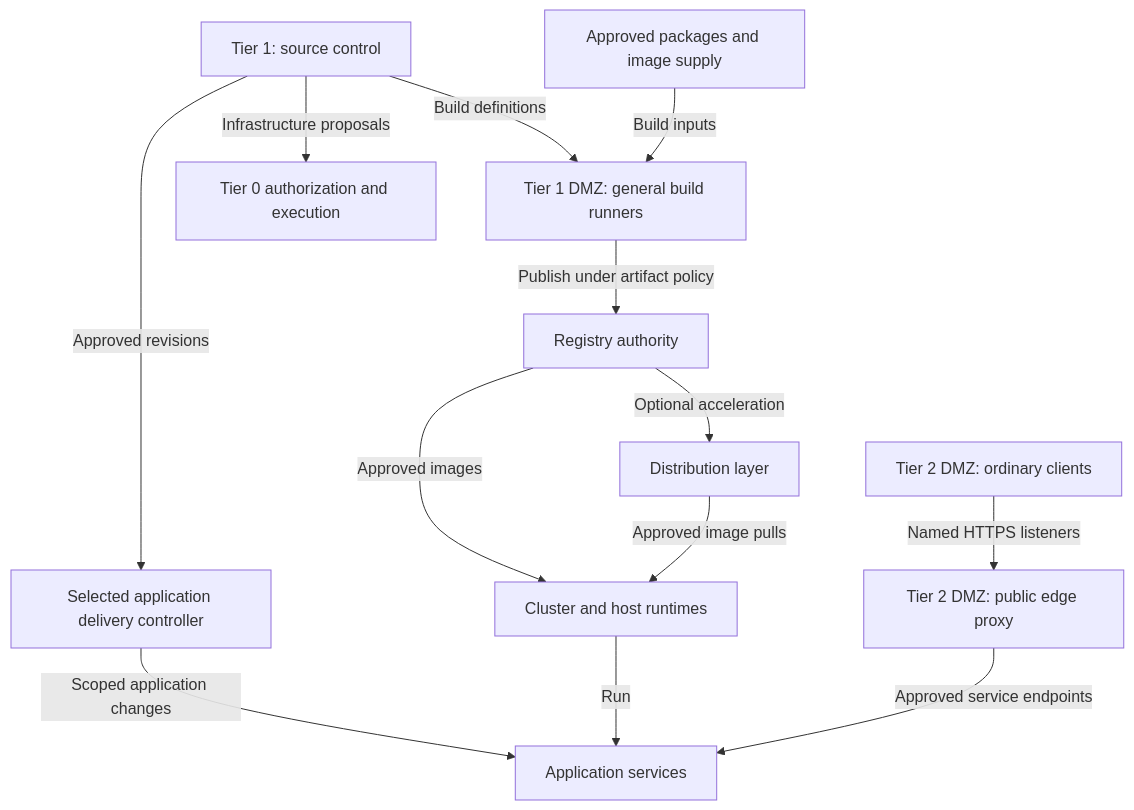
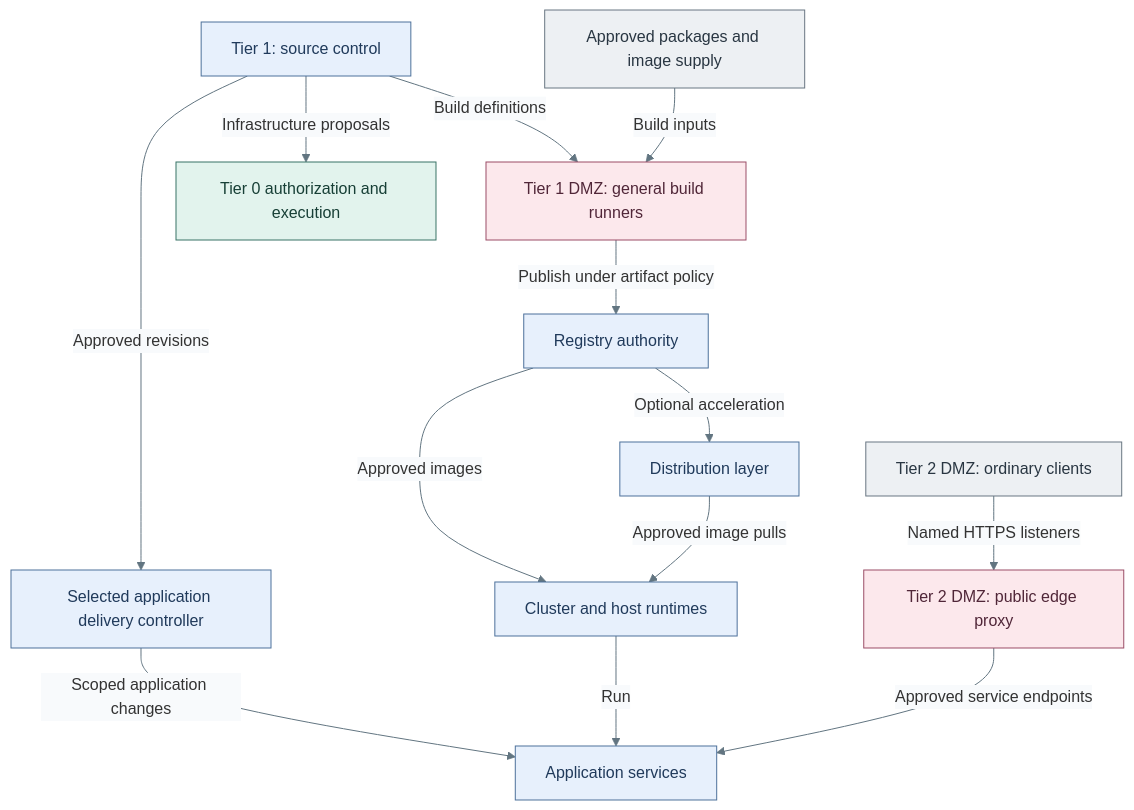
One commit to Rexus/homelab changed the diagram in docs/architecture/delivery/README.md. Above: the diagram before and after it, drawn with Mermaid. The commit also changed 49 other files, not shown here.

Commit message:
docs(diagrams): clarify tier layouts and visual styles

````diff
--- a/docs/architecture/delivery/README.md
+++ b/docs/architecture/delivery/README.md
@@ -26,15 +26,25 @@
 ```mermaid
+%%{init: {"theme":"base","themeVariables":{"lineColor":"#627581","edgeLabelBackground":"#f8fafc"}}}%%
 flowchart TB
   Source["Tier 1: source control"] -->|Build definitions| Build["Tier 1 DMZ: general build runners"]
   Supply["Approved packages and image supply"] -->|Build inputs| Build
   Build -->|Publish under artifact policy| Registry["Registry authority"]
   Source -->|Approved revisions| Delivery["Selected application delivery controller"]
   Registry -->|Approved images| Runtime["Cluster and host runtimes"]
   Registry -->|Optional acceleration| Distribution["Distribution layer"]
   Distribution -->|Approved image pulls| Runtime
   Delivery -->|Scoped application changes| Apps["Application services"]
   Runtime -->|Run| Apps
   Clients["Tier 2 DMZ: ordinary clients"] -->|Named HTTPS listeners| Edge["Tier 2 DMZ: public edge proxy"]
   Edge -->|Approved service endpoints| Apps
   Source -->|Infrastructure proposals| Gate["Tier 0 authorization and execution"]
+  classDef default fill:#f8fafc,stroke:#64748b,color:#1f2937
+  classDef services fill:#e7f0fc,stroke:#4d719b,color:#203a5b
+  classDef edge fill:#fce8ec,stroke:#9b4d67,color:#502638
+  classDef control fill:#e2f3ed,stroke:#397366,color:#173f36
+  classDef actor fill:#edf0f3,stroke:#697682,color:#293642
+  class Source,Registry,Delivery,Runtime,Distribution,Apps services
+  class Build,Edge edge
+  class Gate control
+  class Supply,Clients actor
 ```
````
